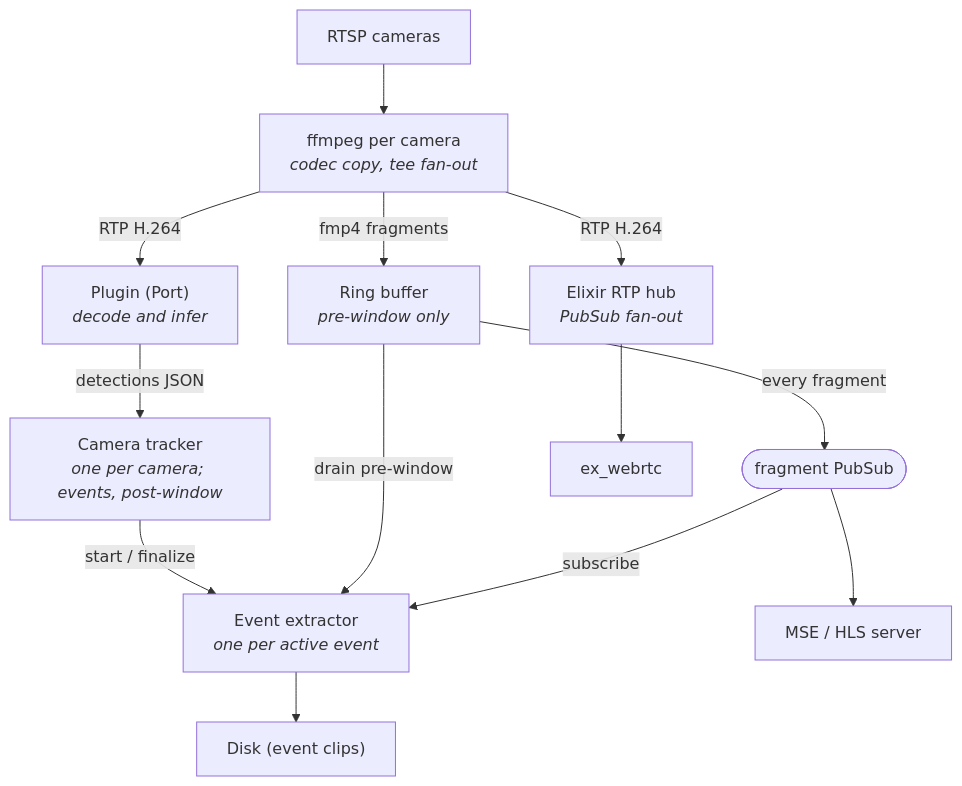
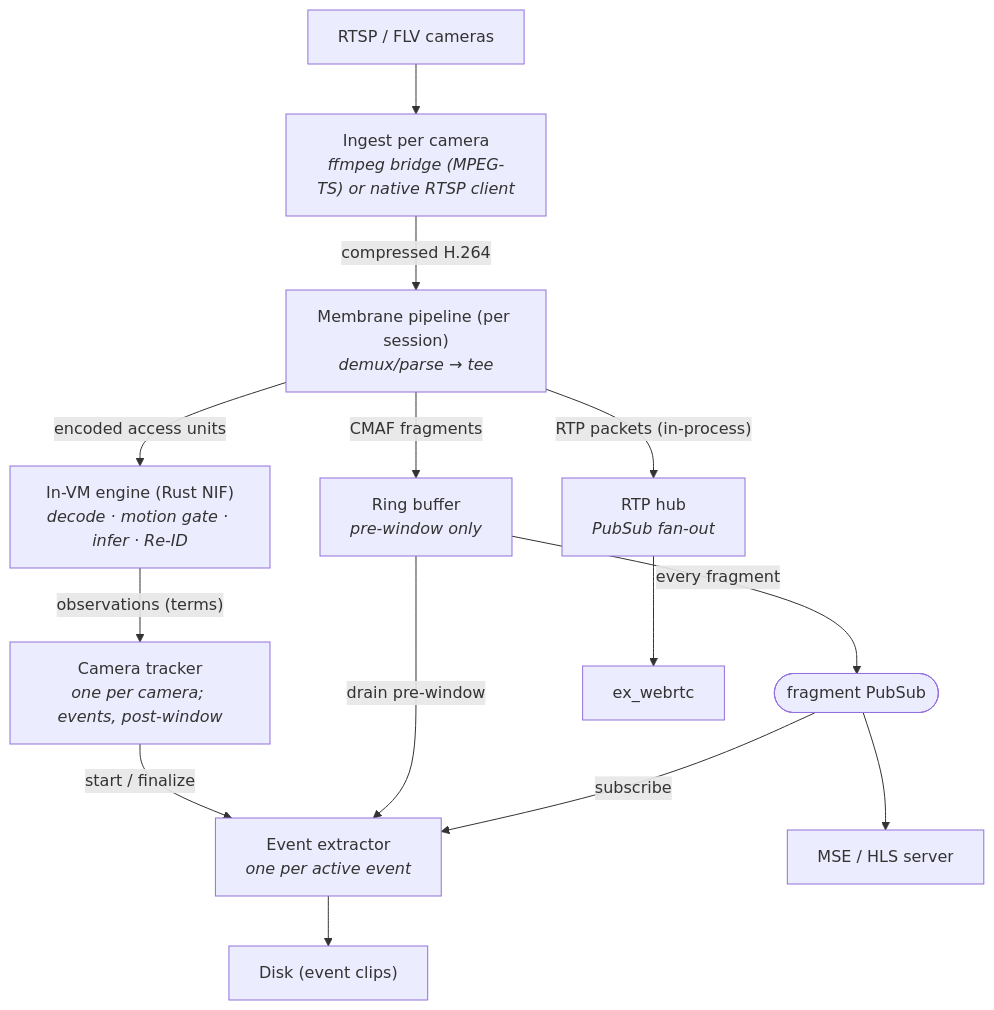
One commit to bbangert/cairn-nvr changed the diagram in docs/architecture.md. Above: the diagram before and after it, drawn with Mermaid. The commit also changed other lines of this file and 58 other files, not shown here.

First line of the commit message:
Membrane port phase 6: cutover and deletion of the classic path

````diff
--- a/docs/architecture.md
+++ b/docs/architecture.md
@@ -13,34 +13,36 @@
 ```mermaid
 flowchart TD
-  cameras["RTSP cameras"]
-  ffmpeg["ffmpeg per camera<br/><i>codec copy, tee fan-out</i>"]
+  cameras["RTSP / FLV cameras"]
+  ingest["Ingest per camera<br/><i>ffmpeg bridge (MPEG-TS) or native RTSP client</i>"]
+  pipeline["Membrane pipeline (per session)<br/><i>demux/parse → tee</i>"]
 
   ring["Ring buffer<br/><i>pre-window only</i>"]
-  plugin["Plugin (Port)<br/><i>decode and infer</i>"]
-  rtphub["Elixir RTP hub<br/><i>PubSub fan-out</i>"]
+  rtphub["RTP hub<br/><i>PubSub fan-out</i>"]
+  native["In-VM engine (Rust NIF)<br/><i>decode · motion gate · infer · Re-ID</i>"]
 
   pubsub(["fragment PubSub"])
 
   tracker["Camera tracker<br/><i>one per camera; events, post-window</i>"]
   extractor["Event extractor<br/><i>one per active event</i>"]
 
   mse["MSE / HLS server"]
   disk["Disk (event clips)"]
   webrtc["ex_webrtc"]
 
-  cameras --> ffmpeg
-  ffmpeg -- "fmp4 fragments" --> ring
-  ffmpeg -- "RTP H.264" --> plugin
-  ffmpeg -- "RTP H.264" --> rtphub
+  cameras --> ingest
+  ingest -- "compressed H.264" --> pipeline
+  pipeline -- "CMAF fragments" --> ring
+  pipeline -- "RTP packets (in-process)" --> rtphub
+  pipeline -- "encoded access units" --> native
 
   ring -- "every fragment" --> pubsub
-  plugin -- "detections JSON" --> tracker
+  native -- "observations (terms)" --> tracker
 
   tracker -- "start / finalize" --> extractor
   ring -- "drain pre-window" --> extractor
   pubsub -- "subscribe" --> extractor
 
   pubsub --> mse
   extractor --> disk
   rtphub --> webrtc
 ```
````
